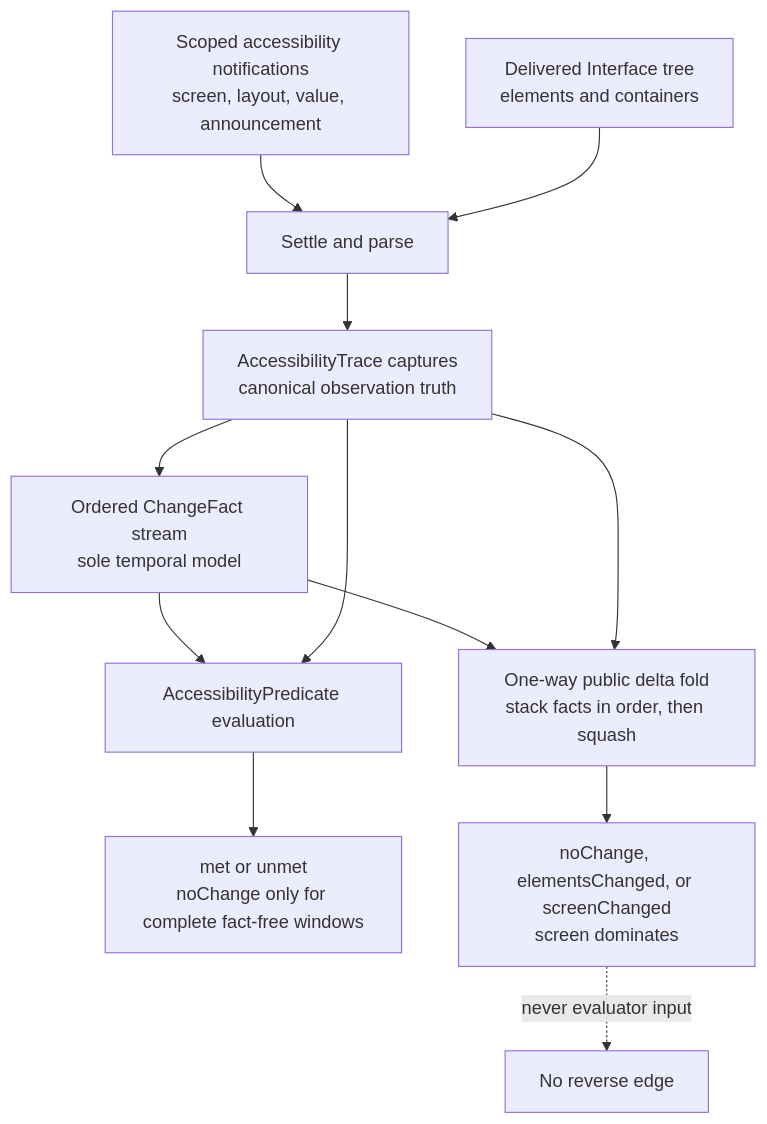
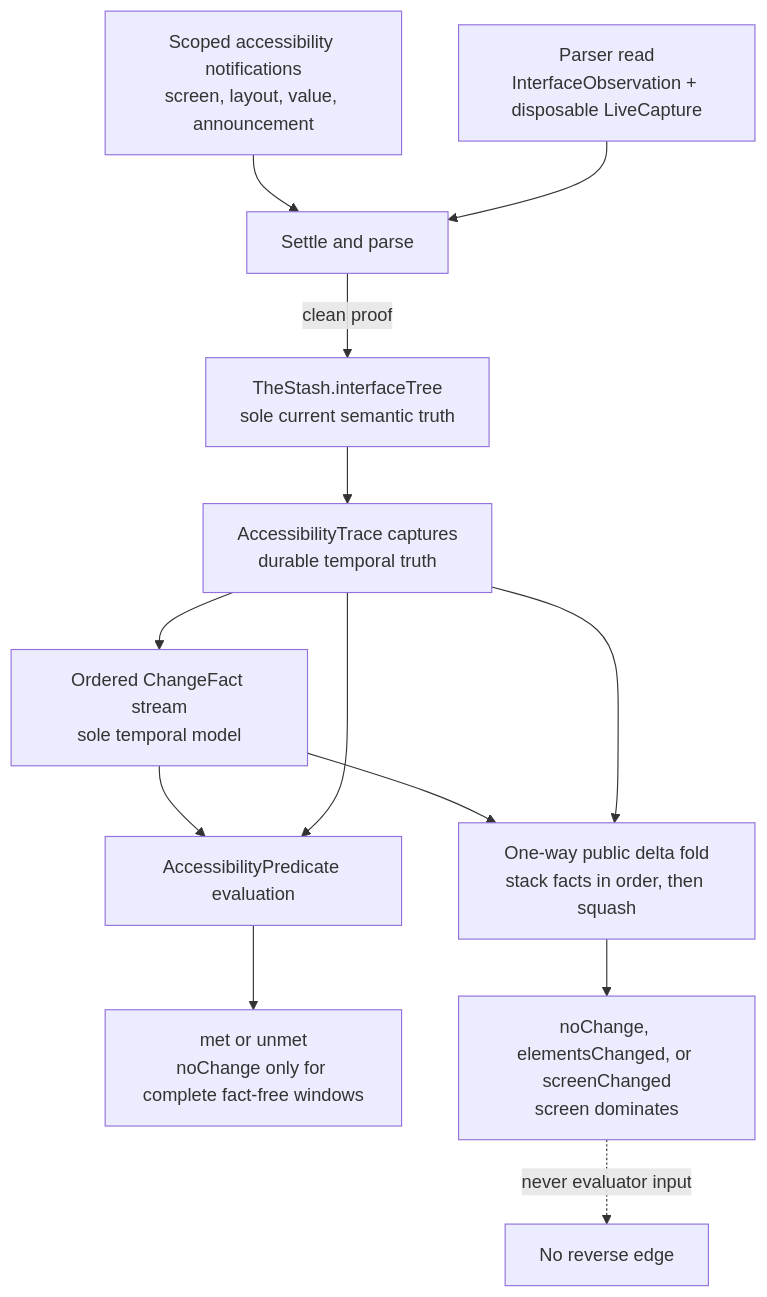
One commit to RoyalPineapple/TheButtonHeist changed the first of 2 diagrams in docs/diagrams/observation-pipeline.md. Above: the diagram before and after it, drawn with Mermaid. The commit also changed other lines of this file and 4 other files, not shown here.

Commit message:
Align architecture docs with assembled contracts

````diff
--- a/docs/diagrams/observation-pipeline.md
+++ b/docs/diagrams/observation-pipeline.md
@@ -19,17 +22,18 @@
 ```mermaid
 flowchart TD
     Signals["Scoped accessibility notifications<br/>screen, layout, value, announcement"] --> Settle["Settle and parse"]
-    Tree["Delivered Interface tree<br/>elements and containers"] --> Settle
-    Settle --> Captures["AccessibilityTrace captures<br/>canonical observation truth"]
+    Parse["Parser read<br/>InterfaceObservation + disposable LiveCapture"] --> Settle
+    Settle -- "clean proof" --> Tree["TheStash.interfaceTree<br/>sole current semantic truth"]
+    Tree --> Captures["AccessibilityTrace captures<br/>durable temporal truth"]
     Captures --> Facts["Ordered ChangeFact stream<br/>sole temporal model"]
 
     Facts --> Evaluate["AccessibilityPredicate evaluation"]
     Captures --> Evaluate
     Evaluate --> Verdict["met or unmet<br/>noChange only for complete fact-free windows"]
 
     Facts --> Fold["One-way public delta fold<br/>stack facts in order, then squash"]
     Captures --> Fold
     Fold --> Public["noChange, elementsChanged, or screenChanged<br/>screen dominates"]
 
     Public -. "never evaluator input" .-> Stop["No reverse edge"]
 ```
````
